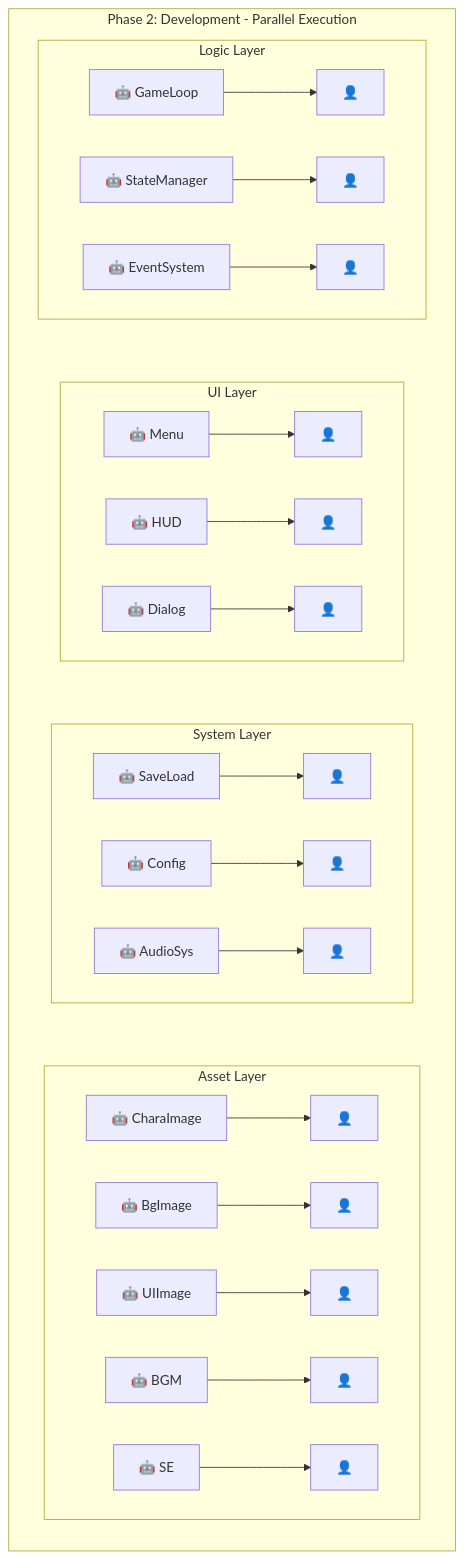
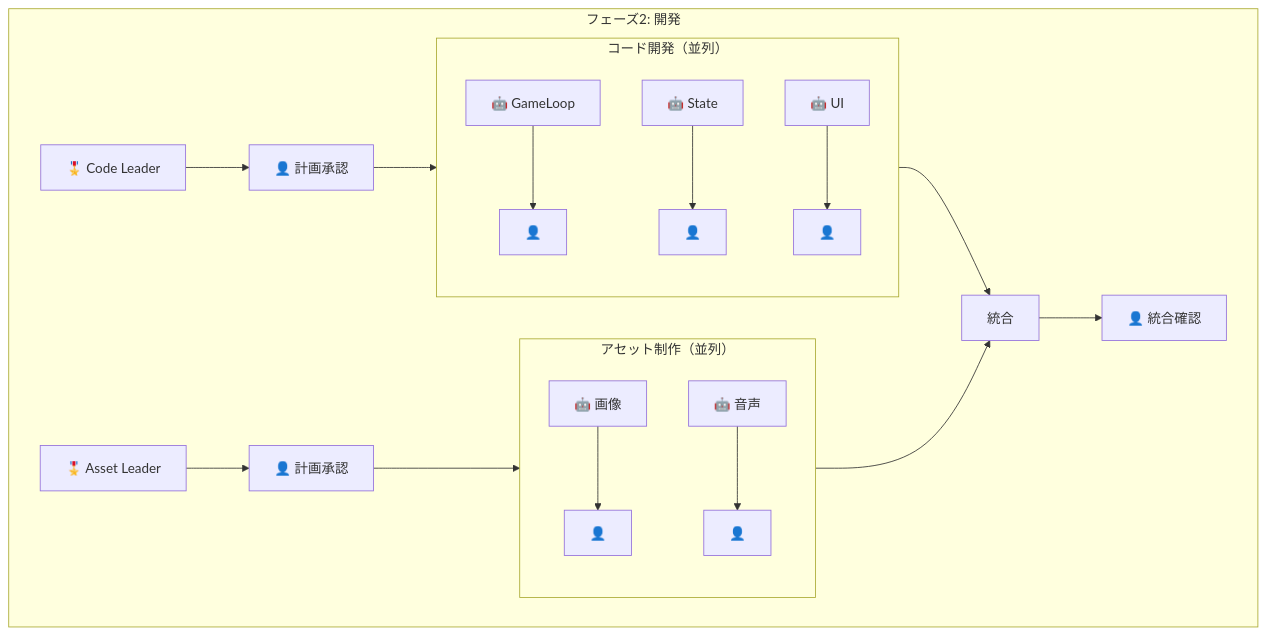
One commit to new-sankaku/toybox changed the tenth of 13 diagrams in langgraph/ARCHITECTURE.md. Above: the diagram before and after it, drawn with Mermaid. The commit also changed other lines of this file, not shown here.

First line of the commit message:
Major architecture redesign with Leader agents and iteration model

````diff
--- a/langgraph/ARCHITECTURE.md
+++ b/langgraph/ARCHITECTURE.md
@@ -101,36 +359,25 @@
 ```mermaid
 flowchart TB
-    subgraph Development["Phase 2: Development - Parallel Execution"]
-        direction TB
+    subgraph Development["フェーズ2: 開発"]
+        CL["🎖️ Code Leader"] --> HCL["👤 計画承認"]
+        AL["🎖️ Asset Leader"] --> HAL["👤 計画承認"]
 
-        subgraph Logic["Logic Layer"]
-            GL["🤖 GameLoop"] --> HGL["👤"]
-            SM["🤖 StateManager"] --> HSM["👤"]
-            EV["🤖 EventSystem"] --> HEV["👤"]
+        subgraph CodeWork["コード開発（並列）"]
+            C1["🤖 GameLoop"] --> HC1["👤"]
+            C2["🤖 State"] --> HC2["👤"]
+            C3["🤖 UI"] --> HC3["👤"]
         end
 
-        subgraph UI["UI Layer"]
-            MN["🤖 Menu"] --> HMN["👤"]
-            HD2["🤖 HUD"] --> HHD["👤"]
-            DL["🤖 Dialog"] --> HDL["👤"]
+        subgraph AssetWork["アセット制作（並列）"]
+            A1["🤖 画像"] --> HA1["👤"]
+            A2["🤖 音声"] --> HA2["👤"]
         end
 
-        subgraph System["System Layer"]
-            SV["🤖 SaveLoad"] --> HSV["👤"]
-            CF["🤖 Config"] --> HCF["👤"]
-            AU["🤖 AudioSys"] --> HAU["👤"]
-        end
+        HCL --> CodeWork
+        HAL --> AssetWork
 
-        subgraph Assets["Asset Layer"]
-            CI["🤖 CharaImage"] --> HCI["👤"]
-            BI["🤖 BgImage"] --> HBI["👤"]
-            UI2["🤖 UIImage"] --> HUI["👤"]
-            BG["🤖 BGM"] --> HBG["👤"]
-            SE["🤖 SE"] --> HSE["👤"]
-        end
+        CodeWork --> Integration["統合"]
+        AssetWork --> Integration
+        Integration --> HInt["👤 統合確認"]
     end
-
-    Logic ~~~ UI
-    UI ~~~ System
-    System ~~~ Assets
 ```
````
